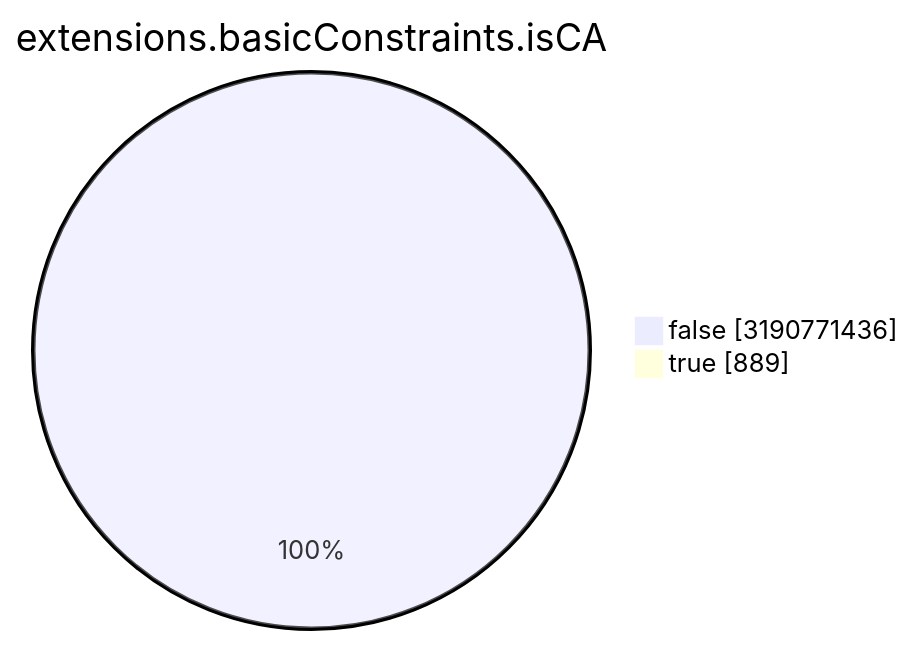
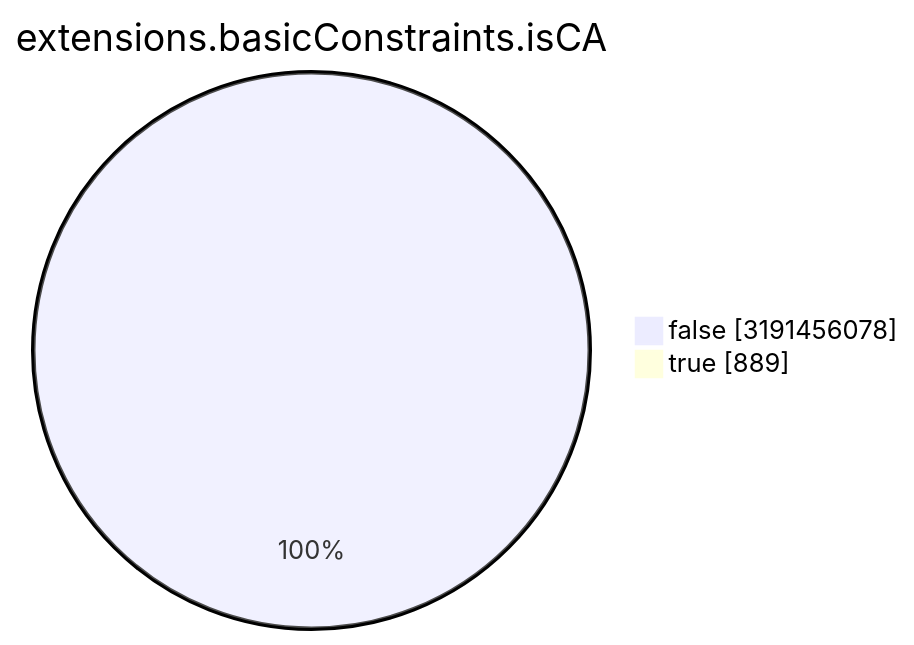
The seventh of 15 diagrams in TOTAL/README.md (christiankrug/ctmonitor_visualization), drawn with Mermaid before and after one commit. The commit also changed other lines of this file, not shown here.

````diff
--- a/TOTAL/README.md
+++ b/TOTAL/README.md
@@ -3088,6 +3088,6 @@
 ```mermaid
 pie showData
 title extensions.basicConstraints.isCA
-"false" :3190771436
+"false" :3191456078
 "true" :889
 ```
````
